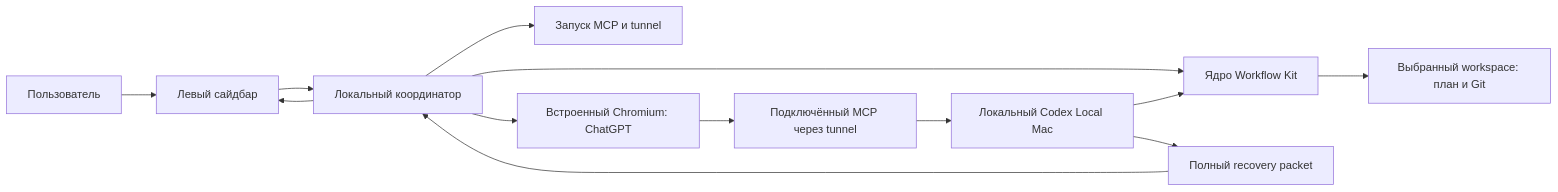
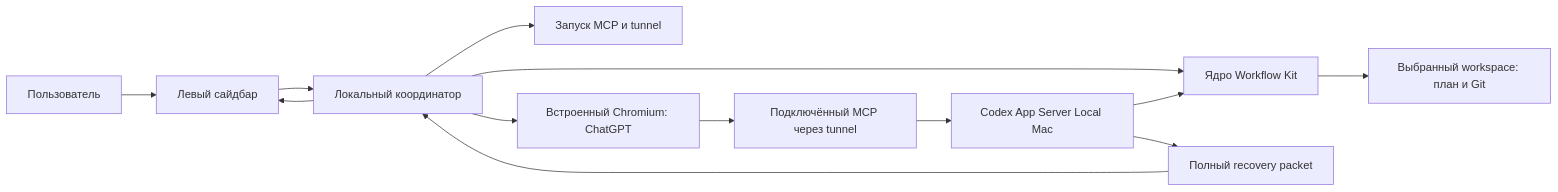
Before and after one commit to OleynikAleksandr/Project-Web-Pilot: the diagram in docs/architecture/ARCHITECTURE.md, drawn with Mermaid. The commit also changed other lines of this file and 8 other files, not shown here.

````diff
--- a/docs/architecture/ARCHITECTURE.md
+++ b/docs/architecture/ARCHITECTURE.md
@@ -52,15 +56,15 @@
 ```mermaid
 flowchart LR
     U[Пользователь] --> S[Левый сайдбар]
     S --> C[Локальный координатор]
     C --> W[Ядро Workflow Kit]
     W --> P[Выбранный workspace: план и Git]
     C --> L[Запуск MCP и tunnel]
     C --> B[Встроенный Chromium: ChatGPT]
     B --> T[Подключённый MCP через tunnel]
-    T --> M[Локальный Codex Local Mac]
+    T --> M[Codex App Server Local Mac]
     M --> W
     M --> R[Полный recovery packet]
     R --> C
     C --> S
 ```
````
